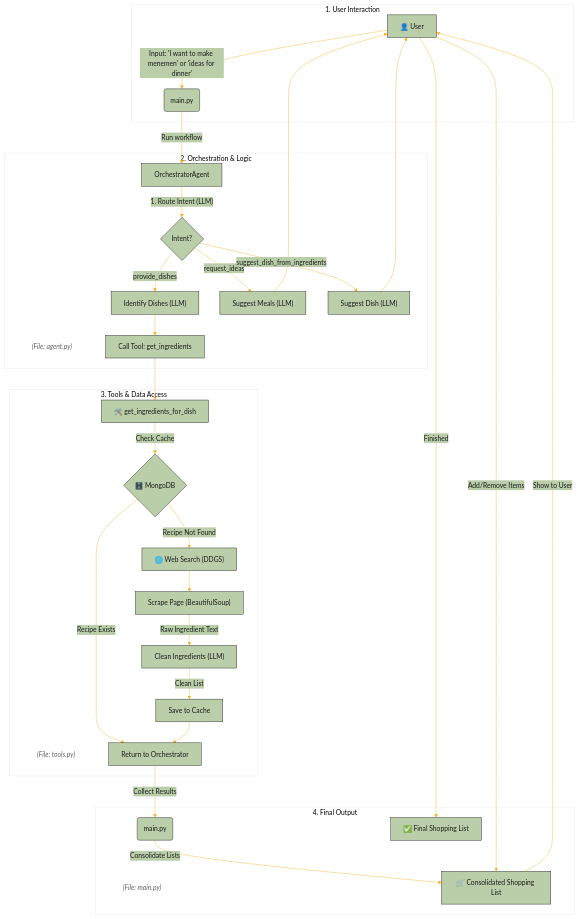
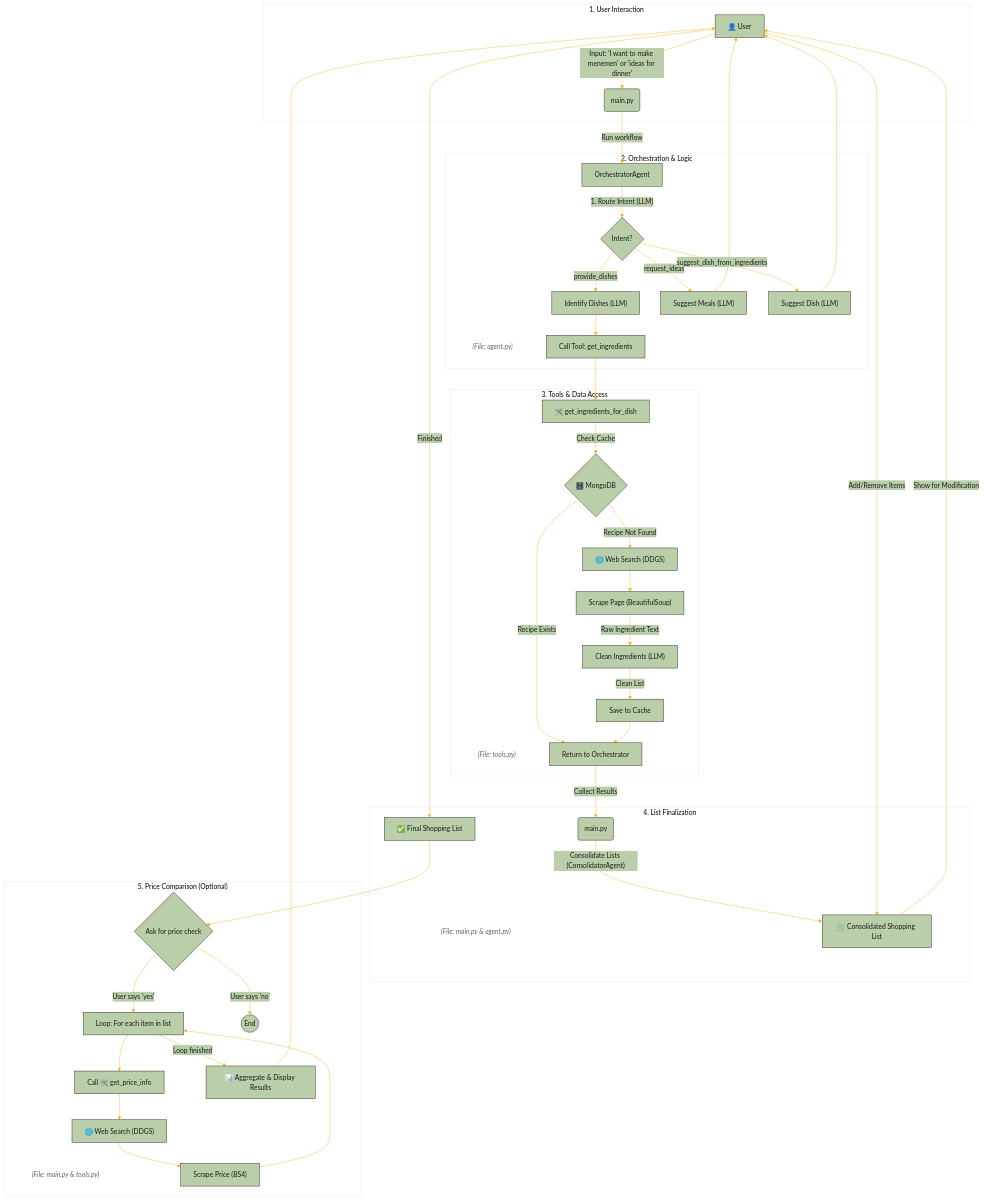
One commit to RidvnOlgn/ShoppingAssistantAIAgents changed the diagram in ARCHITECTURE.md. Above: the diagram before and after it, drawn with Mermaid.

Commit message:
architecture file updated

````diff
--- a/ARCHITECTURE.md
+++ b/ARCHITECTURE.md
@@ -7,59 +7,74 @@
 ```mermaid
 %%{
   init: {
     "theme": "base",
     "themeVariables": {
       "primaryColor": "#b9cea9",
       "primaryTextColor": "#1b1b1b",
       "primaryBorderColor": "#1b1b1b",
       "lineColor": "#F8B229",
       "secondaryColor": "#b9cea9",
       "tertiaryColor": "#ffffff"
     }
   }
 }%%
 
 graph TD
     subgraph "1. User Interaction"
         A[👤 User] -->|"Input: 'I want to make menemen' or 'ideas for dinner'"| B(main.py);
     end
 
     subgraph "2. Orchestration & Logic"
         FileNode2["(File: agent.py)"];
         style FileNode2 fill:none,stroke:none,font-style:italic,color:#666;
         
         B -->|"Run workflow"| C[OrchestratorAgent];
         C -->|"1. Route Intent (LLM)"| D{Intent?};
         D -- "provide_dishes" --> E["Identify Dishes (LLM)"];
         D -- "request_ideas" --> F["Suggest Meals (LLM)"];
         D -- "suggest_dish_from_ingredients" --> G["Suggest Dish (LLM)"];
         E --> H[Call Tool: get_ingredients];
         F --> A;
         G --> A;
     end
 
     subgraph "3. Tools & Data Access"
         FileNode3["(File: tools.py)"];
         style FileNode3 fill:none,stroke:none,font-style:italic,color:#666;
 
         H --> I[🛠️ get_ingredients_for_dish];
         I -->|"Check Cache"| J{🗄️ MongoDB};
         J -- "Recipe Exists" --> K[Return to Orchestrator];
         J -- "Recipe Not Found" --> L["🌐 Web Search (DDGS)"];
         L --> M["Scrape Page (BeautifulSoup)"];
         M -->|"Raw Ingredient Text"| N["Clean Ingredients (LLM)"];
         N -->|"Clean List"| O[Save to Cache];
         O --> K;
     end
 
-    subgraph "4. Final Output"
-        FileNode4["(File: main.py)"];
+    subgraph "4. List Finalization"
+        FileNode4["(File: main.py & agent.py)"];
         style FileNode4 fill:none,stroke:none,font-style:italic,color:#666;
 
         K -->|"Collect Results"| P(main.py);
-        P -->|"Consolidate Lists"| Q[🛒 Consolidated Shopping List];
-        Q -->|"Show to User"| A;
+        P -->|"Consolidate Lists (ConsolidatorAgent)"| Q[🛒 Consolidated Shopping List];
+        Q -->|"Show for Modification"| A;
         A -->|"Add/Remove Items"| Q;
         A -- "Finished" --> R[✅ Final Shopping List];
     end
+
+    subgraph "5. Price Comparison (Optional)"
+        FileNode5["(File: main.py & tools.py)"];
+        style FileNode5 fill:none,stroke:none,font-style:italic,color:#666;
+
+        R --> S{"Ask for price check"};
+        S -- "User says 'yes'" --> T["Loop: For each item in list"];
+        T --> U[Call 🛠️ get_price_info];
+        U --> V["🌐 Web Search (DDGS)"];
+        V --> W["Scrape Price (BS4)"];
+        W --> T;
+        T -- "Loop finished" --> X["📊 Aggregate & Display Results"];
+        X --> A;
+        S -- "User says 'no'" --> Y((End));
+    end
 ```
````
